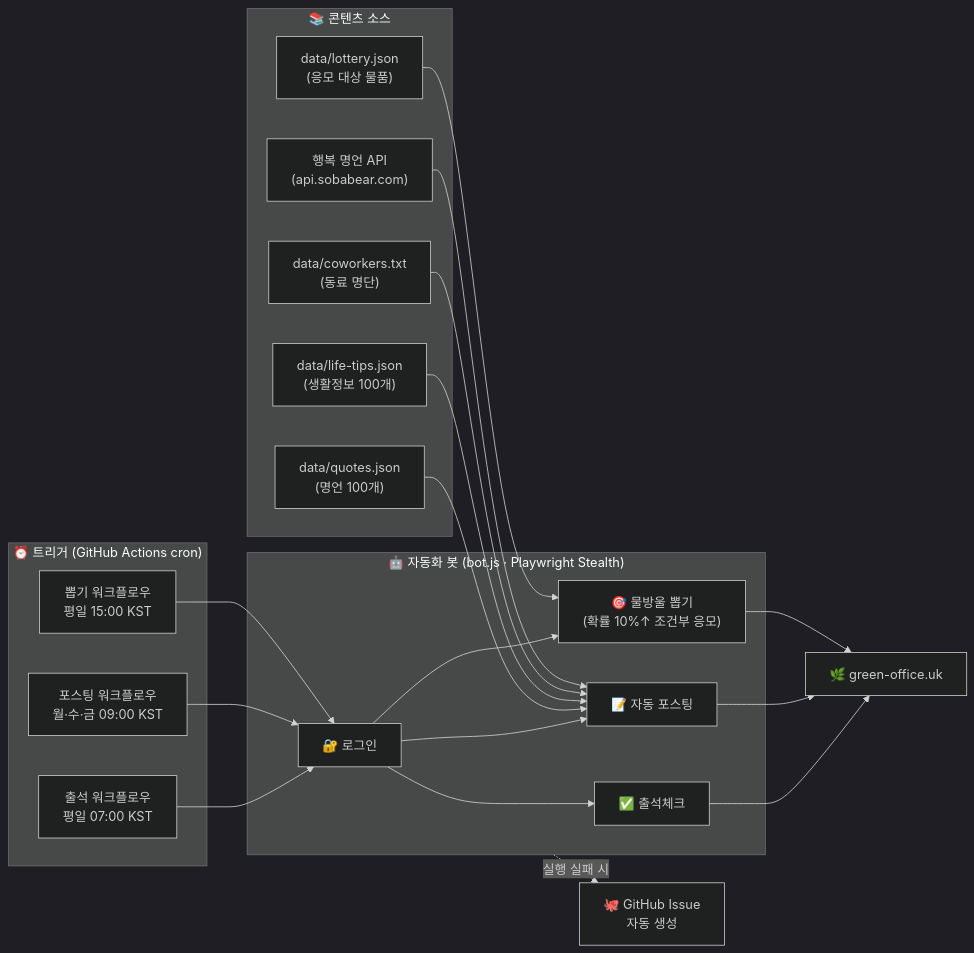
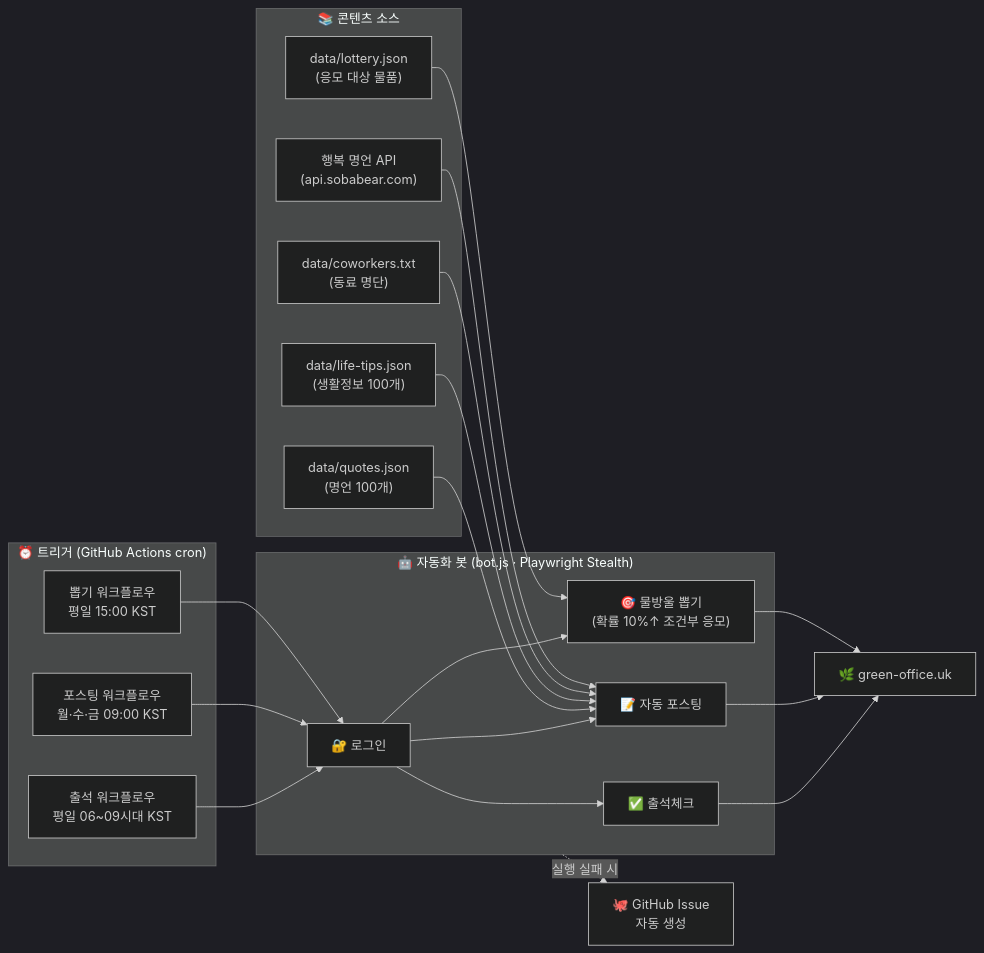
The first of 3 diagrams in README.md (leemgs/green-office-agent), drawn with Mermaid (dark theme) before and after one commit. The commit also changed other lines of this file and 3 other files, not shown here.

````diff
--- a/README.md
+++ b/README.md
@@ -11,42 +11,42 @@
 ```mermaid
 flowchart LR
     subgraph TRIGGER["⏰ 트리거 (GitHub Actions cron)"]
-        A1["출석 워크플로우<br/>평일 07:00 KST"]
+        A1["출석 워크플로우<br/>평일 06~09시대 KST"]
         A2["포스팅 워크플로우<br/>월·수·금 09:00 KST"]
         A3["뽑기 워크플로우<br/>평일 15:00 KST"]
     end
 
     subgraph SRC["📚 콘텐츠 소스"]
         Q["data/quotes.json<br/>(명언 100개)"]
         L["data/life-tips.json<br/>(생활정보 100개)"]
         C["data/coworkers.txt<br/>(동료 명단)"]
         LOT["data/lottery.json<br/>(응모 대상 물품)"]
         API["행복 명언 API<br/>(api.sobabear.com)"]
     end
 
     subgraph BOT["🤖 자동화 봇 (bot.js · Playwright Stealth)"]
         LOGIN["🔐 로그인"]
         ATT["✅ 출석체크"]
         POST["📝 자동 포스팅"]
         LOTTERY["🎯 물방울 뽑기<br/>(확률 10%↑ 조건부 응모)"]
         LOGIN --> ATT
         LOGIN --> POST
         LOGIN --> LOTTERY
     end
 
     SITE["🌿 green-office.uk"]
     ISSUE["🐙 GitHub Issue<br/>자동 생성"]
 
     A1 --> LOGIN
     A2 --> LOGIN
     A3 --> LOGIN
     Q --> POST
     L --> POST
     C --> POST
     API --> POST
     LOT --> LOTTERY
     ATT --> SITE
     POST --> SITE
     LOTTERY --> SITE
     BOT -. 실행 실패 시 .-> ISSUE
 ```
````
